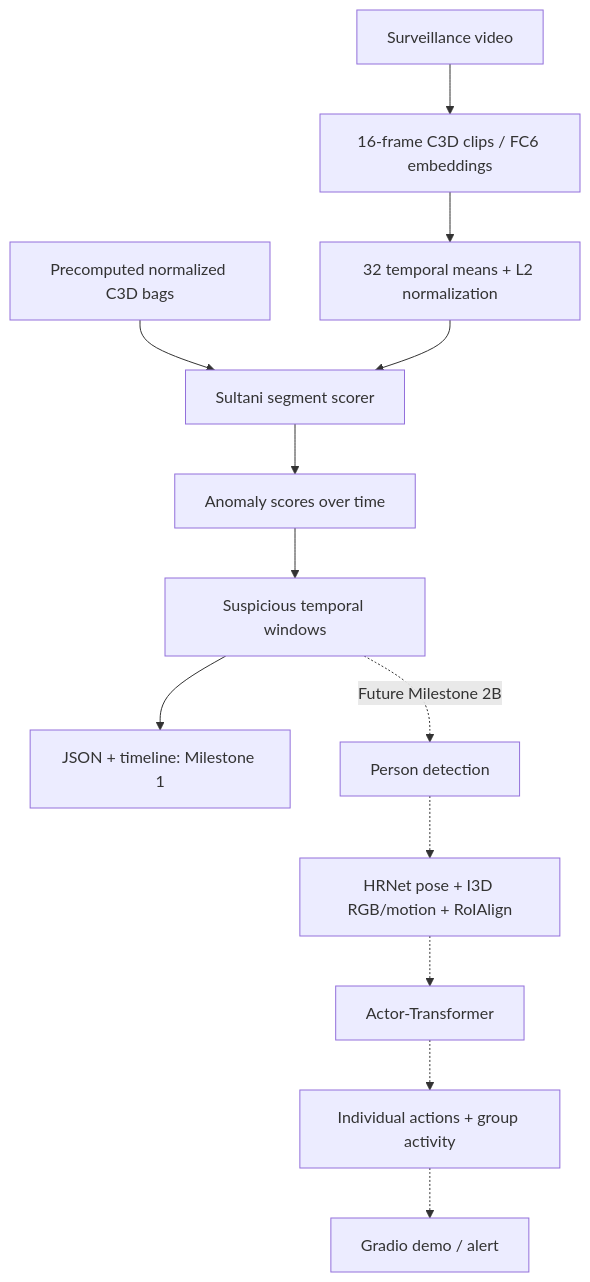
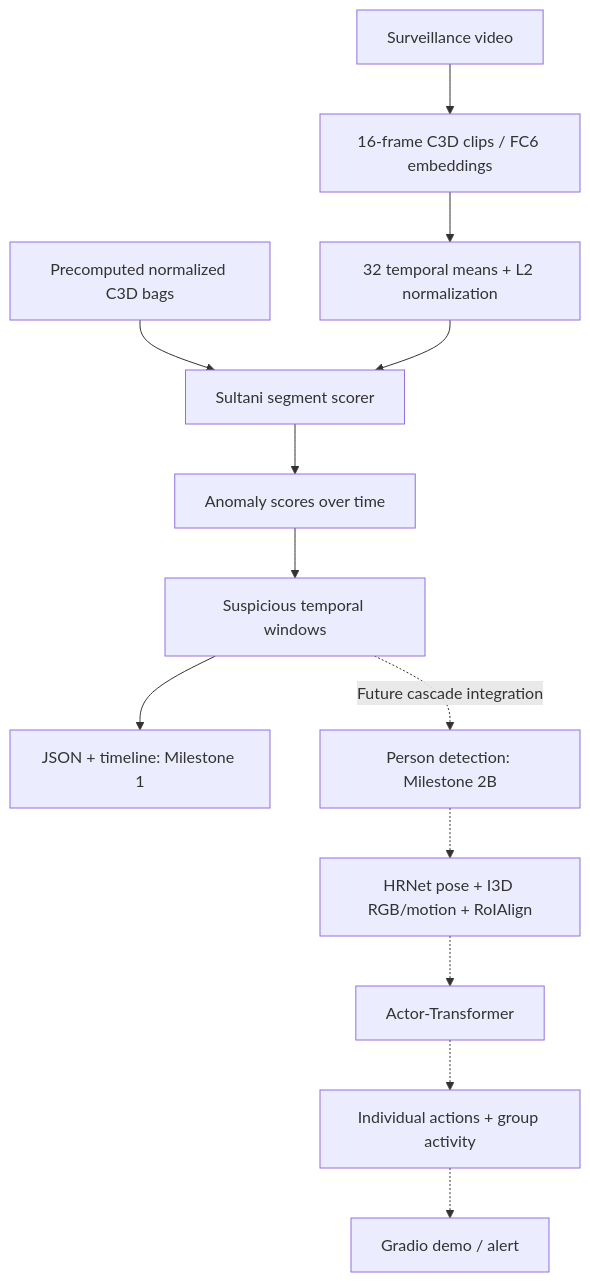
Before and after one commit to itsmanudon/violence-group-anomaly-detection: the first of 3 diagrams in README.md, drawn with Mermaid. The commit also changed other lines of this file and 31 other files, not shown here.

Commit message:
feat: add automatic actor detection and box robustness (Milestone 2B)

````diff
--- a/README.md
+++ b/README.md
@@ -30,15 +31,15 @@
 ```mermaid
 flowchart TD
     V[Surveillance video] --> C[16-frame C3D clips / FC6 embeddings]
     C --> B[32 temporal means + L2 normalization]
     F[Precomputed normalized C3D bags] --> S[Sultani segment scorer]
     B --> S
     S --> T[Anomaly scores over time]
     T --> W[Suspicious temporal windows]
     W --> J[JSON + timeline: Milestone 1]
-    W -. Future Milestone 2B .-> P[Person detection]
+    W -. Future cascade integration .-> P[Person detection: Milestone 2B]
     P -.-> R[HRNet pose + I3D RGB/motion + RoIAlign]
     R -.-> A[Actor-Transformer]
     A -.-> G[Individual actions + group activity]
     G -.-> D[Gradio demo / alert]
 ```
````
